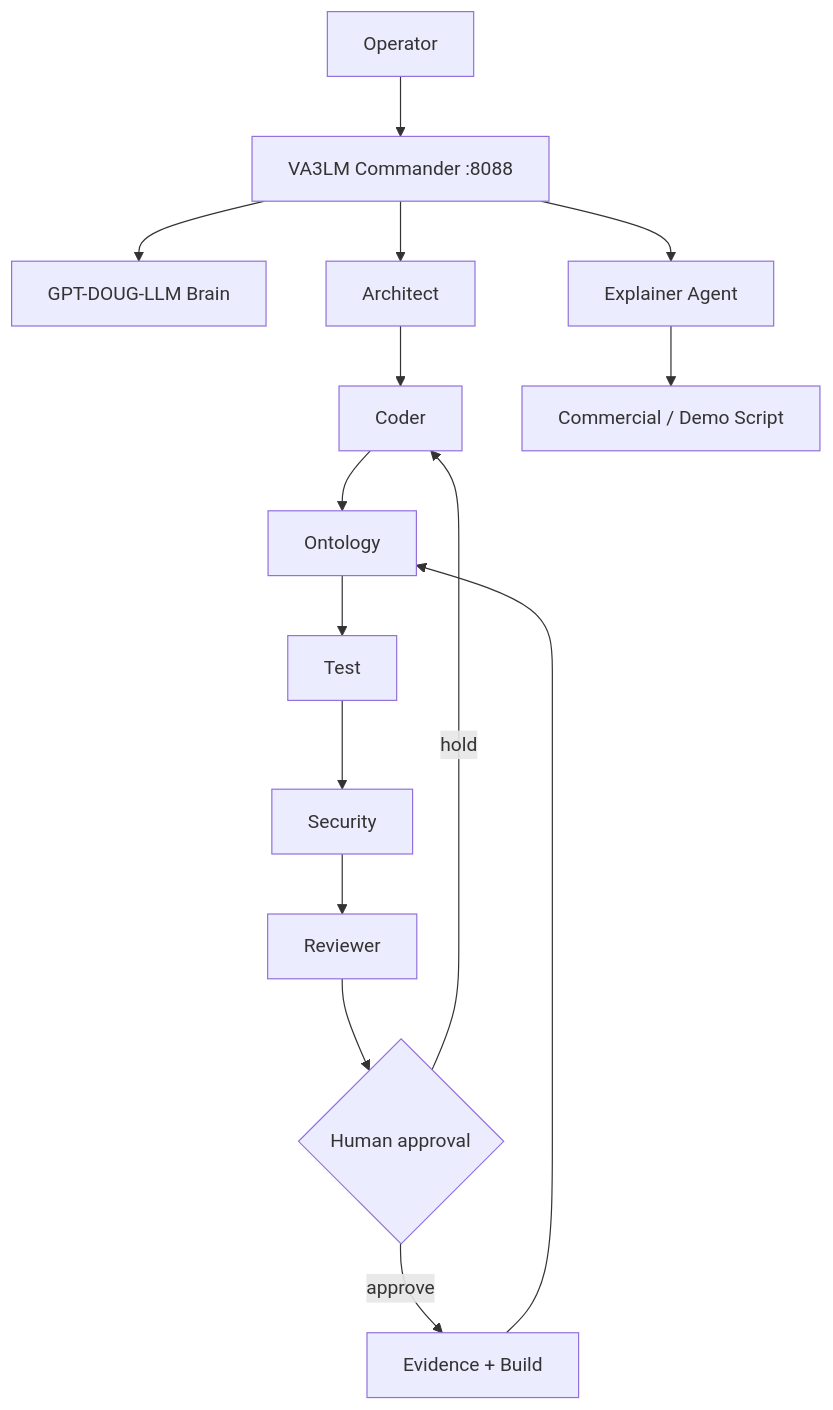
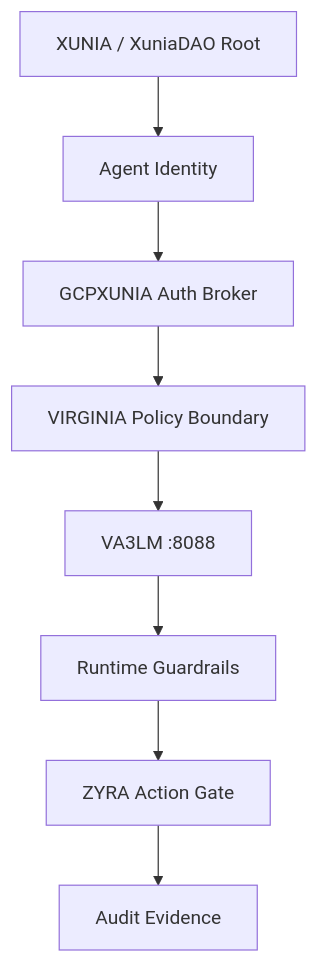
Before and after one commit to sonoxo/gpt-doug-llm: the diagram in va3lm/README.md, drawn with Mermaid. The commit also changed other lines of this file, not shown here.

Commit message:
Make VA3LM the VIRGINIA defense runtime

````diff
--- a/va3lm/README.md
+++ b/va3lm/README.md
@@ -83,17 +82,12 @@
 ```mermaid
 flowchart TD
-    U[Operator] --> C[VA3LM Commander :8088]
-    C --> B[GPT-DOUG-LLM Brain]
-    C --> A[Architect]
-    A --> D[Coder]
-    D --> O[Ontology]
-    O --> T[Test]
-    T --> S[Security]
-    S --> R[Reviewer]
-    R --> G{Human approval}
-    G -->|approve| E[Evidence + Build]
-    G -->|hold| D
-    E --> O
-    C --> X[Explainer Agent]
-    X --> M[Commercial / Demo Script]
+    X[XUNIA / XuniaDAO Root]
+    I[Agent Identity]
+    G[GCPXUNIA Auth Broker]
+    V[VIRGINIA Policy Boundary]
+    A[VA3LM :8088]
+    R[Runtime Guardrails]
+    Z[ZYRA Action Gate]
+    E[Audit Evidence]
+    X --> I --> G --> V --> A --> R --> Z --> E
 ```
````
